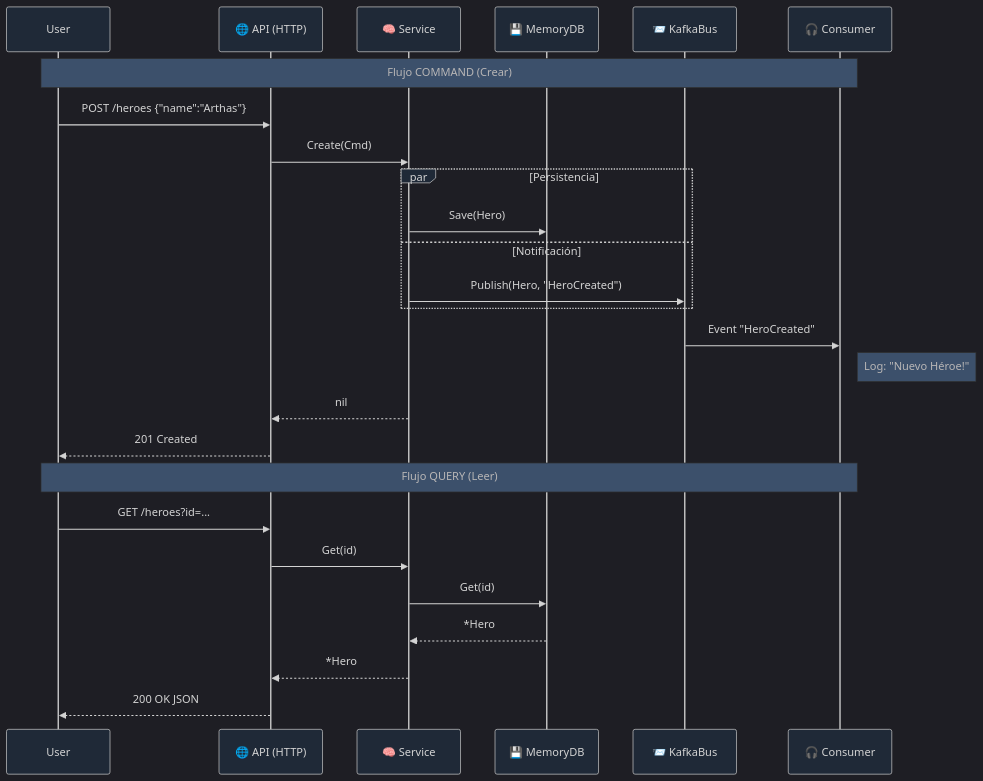
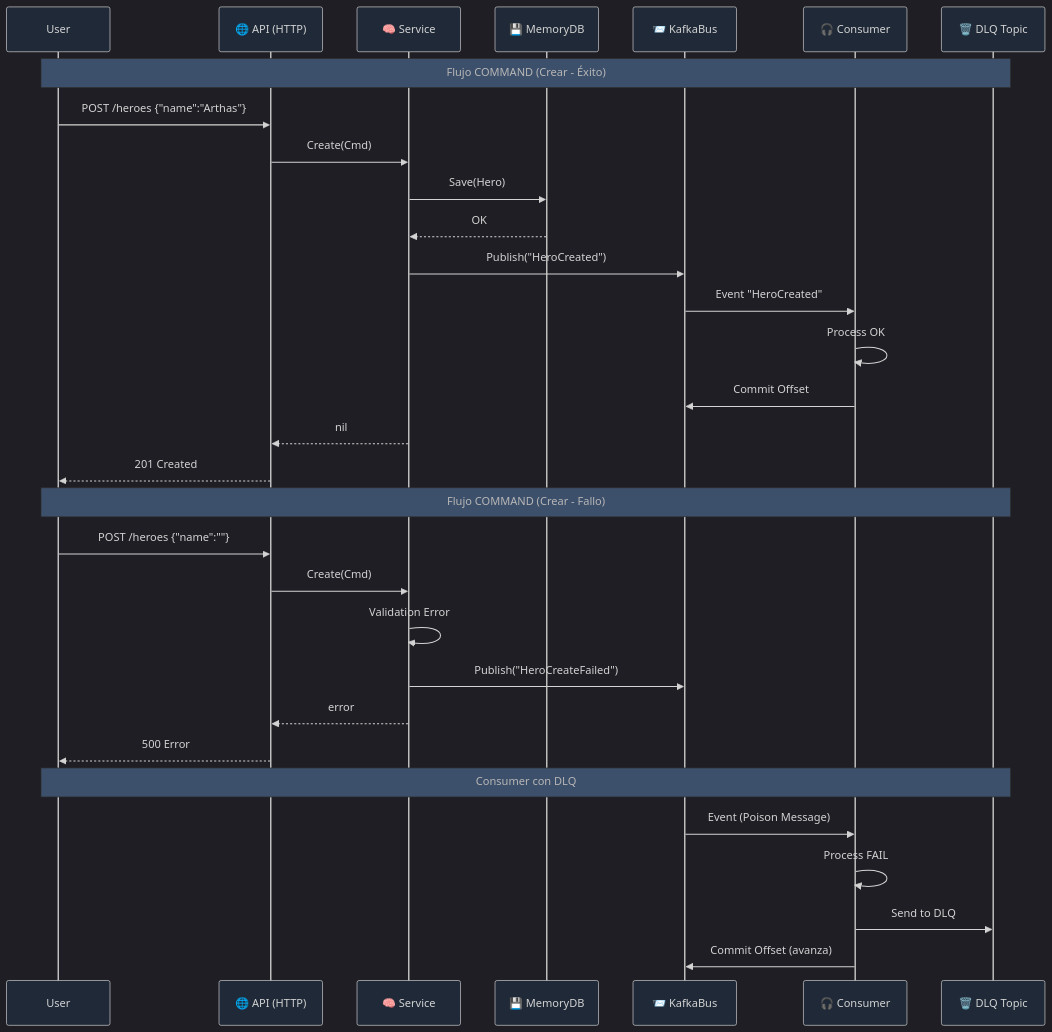
The diagram in tutorial/05-ciclo-completo-solid.md (EELorenzoni/rpg-microservices-learning), drawn with Mermaid before and after one commit. The commit also changed other lines of this file and 14 other files, not shown here.

Commit message:
feat: Implement full hero CRUD operations including create, update, delete, and list functionalities with event publishing.

````diff
--- a/tutorial/05-ciclo-completo-solid.md
+++ b/tutorial/05-ciclo-completo-solid.md
@@ -12,47 +36,53 @@
 ```mermaid
 %%{
   init: {
     'theme': 'dark',
     'themeVariables': {
       'primaryColor': '#1f2937',
       'edgeLabelBackground':'#1f2937',
       'tertiaryColor': '#111827',
       'mainBkg': '#1f2937',
       'nodeBorder': '#8b5cf6',
       'lineColor': '#3b82f6',
       'textColor': '#f3f4f6'
     }
   }
 }%%
 sequenceDiagram
     participant User
     participant API as 🌐 API (HTTP)
     participant Srv as 🧠 Service
     participant DB as 💾 MemoryDB
     participant Bus as 📨 KafkaBus
     participant Worker as 🎧 Consumer
+    participant DLQ as 🗑️ DLQ Topic
 
-    Note over User, Worker: Flujo COMMAND (Crear)
+    Note over User, DLQ: Flujo COMMAND (Crear - Éxito)
     User->>API: POST /heroes {"name":"Arthas"}
     API->>Srv: Create(Cmd)
     
-    par Persistencia
-        Srv->>DB: Save(Hero)
-    and Notificación
-        Srv->>Bus: Publish(Hero, "HeroCreated")
-    end
+    Srv->>DB: Save(Hero)
+    DB-->>Srv: OK
     
+    Srv->>Bus: Publish("HeroCreated")
     Bus->>Worker: Event "HeroCreated"
-    Note right of Worker: Log: "Nuevo Héroe!"
+    Worker->>Worker: Process OK
+    Worker->>Bus: Commit Offset
     
     Srv-->>API: nil
     API-->>User: 201 Created
 
-    Note over User, Worker: Flujo QUERY (Leer)
-    User->>API: GET /heroes?id=...
-    API->>Srv: Get(id)
-    Srv->>DB: Get(id)
-    DB-->>Srv: *Hero
-    Srv-->>API: *Hero
-    API-->>User: 200 OK JSON
+    Note over User, DLQ: Flujo COMMAND (Crear - Fallo)
+    User->>API: POST /heroes {"name":""}
+    API->>Srv: Create(Cmd)
+    Srv->>Srv: Validation Error
+    Srv->>Bus: Publish("HeroCreateFailed")
+    Srv-->>API: error
+    API-->>User: 500 Error
+
+    Note over User, DLQ: Consumer con DLQ
+    Bus->>Worker: Event (Poison Message)
+    Worker->>Worker: Process FAIL
+    Worker->>DLQ: Send to DLQ
+    Worker->>Bus: Commit Offset (avanza)
 ```
````
